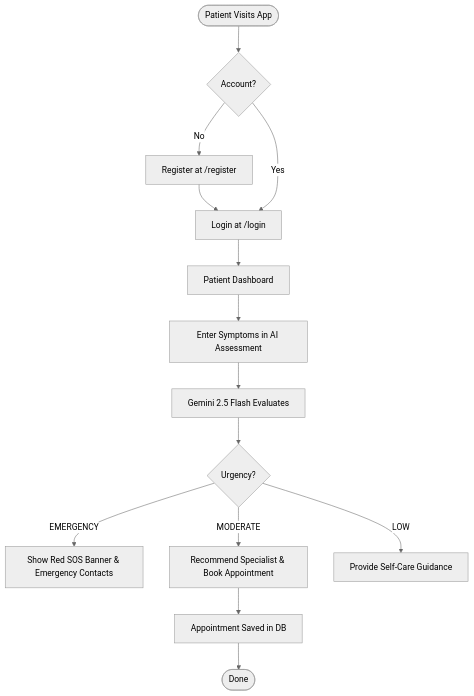
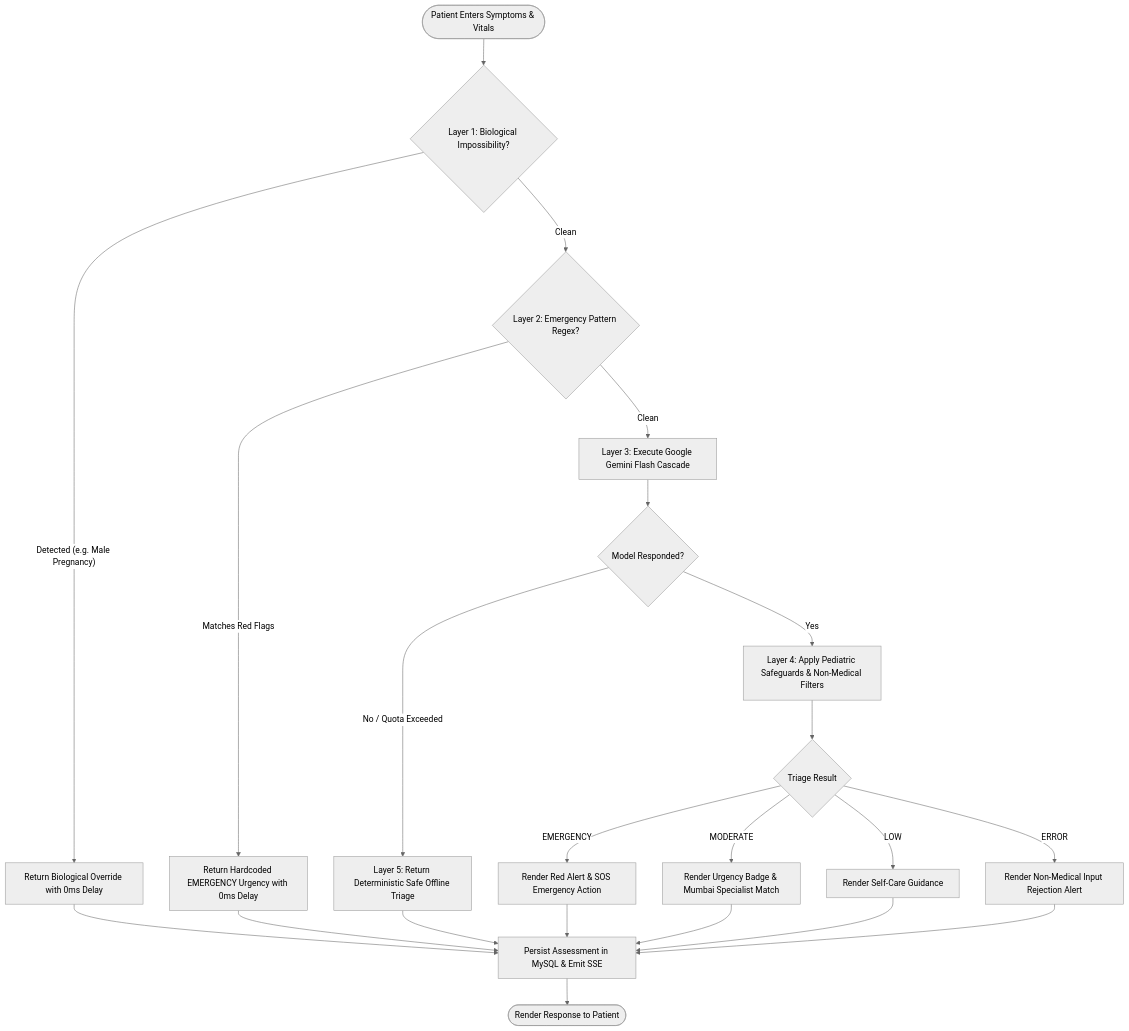
Before and after one commit to sarthakmandhare34/New-LifeLink-Smart-Healthcare-Assistance-Platform: the third of 7 diagrams in SYSTEM_DIAGRAMS.md, drawn with Mermaid (neutral theme). The commit also changed other lines of this file and 7 other files, not shown here.

Commit message:
docs: comprehensive update of project documentation, diagrams, and implementation reports

````diff
--- a/SYSTEM_DIAGRAMS.md
+++ b/SYSTEM_DIAGRAMS.md
@@ -264,15 +280,24 @@
 ```mermaid
 flowchart TD
-    Start([Patient Visits App]) --> Auth{Account?}
-    Auth -- No --> Register[Register at /register] --> Login
-    Auth -- Yes --> Login[Login at /login]
-    Login --> Dashboard[Patient Dashboard]
-    Dashboard --> AIForm[Enter Symptoms in AI Assessment]
-    AIForm --> Gemini[Gemini 2.5 Flash Evaluates]
-    Gemini --> Triage{Urgency?}
-    Triage -- EMERGENCY --> RedBanner[Show Red SOS Banner & Emergency Contacts]
-    Triage -- MODERATE --> BookSpec[Recommend Specialist & Book Appointment]
-    Triage -- LOW --> SelfCare[Provide Self-Care Guidance]
-    BookSpec --> SaveAppt[Appointment Saved in DB]
-    SaveAppt --> End([Done])
+    Start([Patient Enters Symptoms & Vitals]) --> BioCheck{Layer 1: Biological Impossibility?}
+    BioCheck -- Detected (e.g. Male Pregnancy) --> BioResp[Return Biological Override with 0ms Delay]
+    BioCheck -- Clean --> EmerCheck{Layer 2: Emergency Pattern Regex?}
+    EmerCheck -- Matches Red Flags --> EmerResp[Return Hardcoded EMERGENCY Urgency with 0ms Delay]
+    EmerCheck -- Clean --> GeminiCall[Layer 3: Execute Google Gemini Flash Cascade]
+    GeminiCall --> ModelSuccess{Model Responded?}
+    ModelSuccess -- No / Quota Exceeded --> SafeFallback[Layer 5: Return Deterministic Safe Offline Triage]
+    ModelSuccess -- Yes --> PostProcess[Layer 4: Apply Pediatric Safeguards & Non-Medical Filters]
+    PostProcess --> UrgencyCheck{Triage Result}
+    UrgencyCheck -- EMERGENCY --> RedBadge[Render Red Alert & SOS Emergency Action]
+    UrgencyCheck -- MODERATE --> SpecBadge[Render Urgency Badge & Mumbai Specialist Match]
+    UrgencyCheck -- LOW --> SelfCare[Render Self-Care Guidance]
+    UrgencyCheck -- ERROR --> ErrBadge[Render Non-Medical Input Rejection Alert]
+    BioResp --> SaveDB[Persist Assessment in MySQL & Emit SSE]
+    EmerResp --> SaveDB
+    SafeFallback --> SaveDB
+    RedBadge --> SaveDB
+    SpecBadge --> SaveDB
+    SelfCare --> SaveDB
+    ErrBadge --> SaveDB
+    SaveDB --> End([Render Response to Patient])
 ```
````
